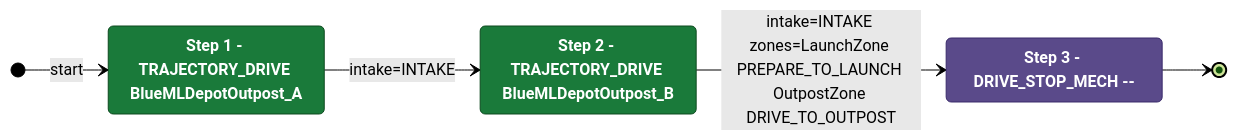
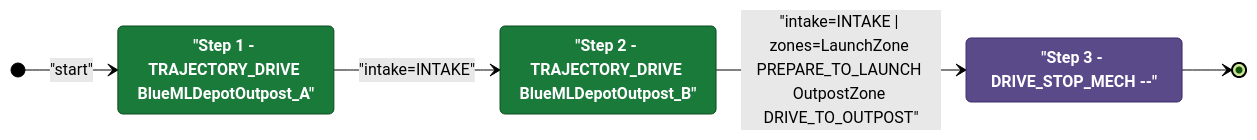
The diagram in documents/auton/BlueBDepLaunch0DepOutScoreNCli.md (Team302/2026Rebuilt), drawn with Mermaid (forest theme) before and after one commit. The commit also changed 242 other files, not shown here.

Commit message:
Regenerated diagrams with fixed red

````diff
--- a/documents/auton/BlueBDepLaunch0DepOutScoreNCli.md
+++ b/documents/auton/BlueBDepLaunch0DepOutScoreNCli.md
@@ -8,21 +8,21 @@
 ```mermaid
 stateDiagram-v2
     direction LR
 
     %% Green = intake active, Purple = intake off
     classDef intake  fill:#1a7a3a,color:#ffffff,stroke:#0d4a1f,font-weight:bold
     classDef noIntake fill:#5a4a8a,color:#ffffff,stroke:#3a2a6a,font-weight:bold
 
-    Step1 : Step 1 - TRAJECTORY_DRIVE BlueMLDepotOutpost_A
-    Step2 : Step 2 - TRAJECTORY_DRIVE BlueMLDepotOutpost_B
-    Step3 : Step 3 - DRIVE_STOP_MECH --
+    Step1 : "Step 1 - TRAJECTORY_DRIVE BlueMLDepotOutpost_A"
+    Step2 : "Step 2 - TRAJECTORY_DRIVE BlueMLDepotOutpost_B"
+    Step3 : "Step 3 - DRIVE_STOP_MECH --"
 
     class Step1 intake
     class Step2 intake
     class Step3 noIntake
 
-    [*] --> Step1 : start
-    Step1 --> Step2: intake=INTAKE
-    Step2 --> Step3: intake=INTAKE zones=LaunchZone PREPARE_TO_LAUNCH OutpostZone DRIVE_TO_OUTPOST
+    [*] --> Step1 : "start"
+    Step1 --> Step2: "intake=INTAKE"
+    Step2 --> Step3: "intake=INTAKE | zones=LaunchZone PREPARE_TO_LAUNCH OutpostZone DRIVE_TO_OUTPOST"
     Step3 --> [*]
 ```
````
